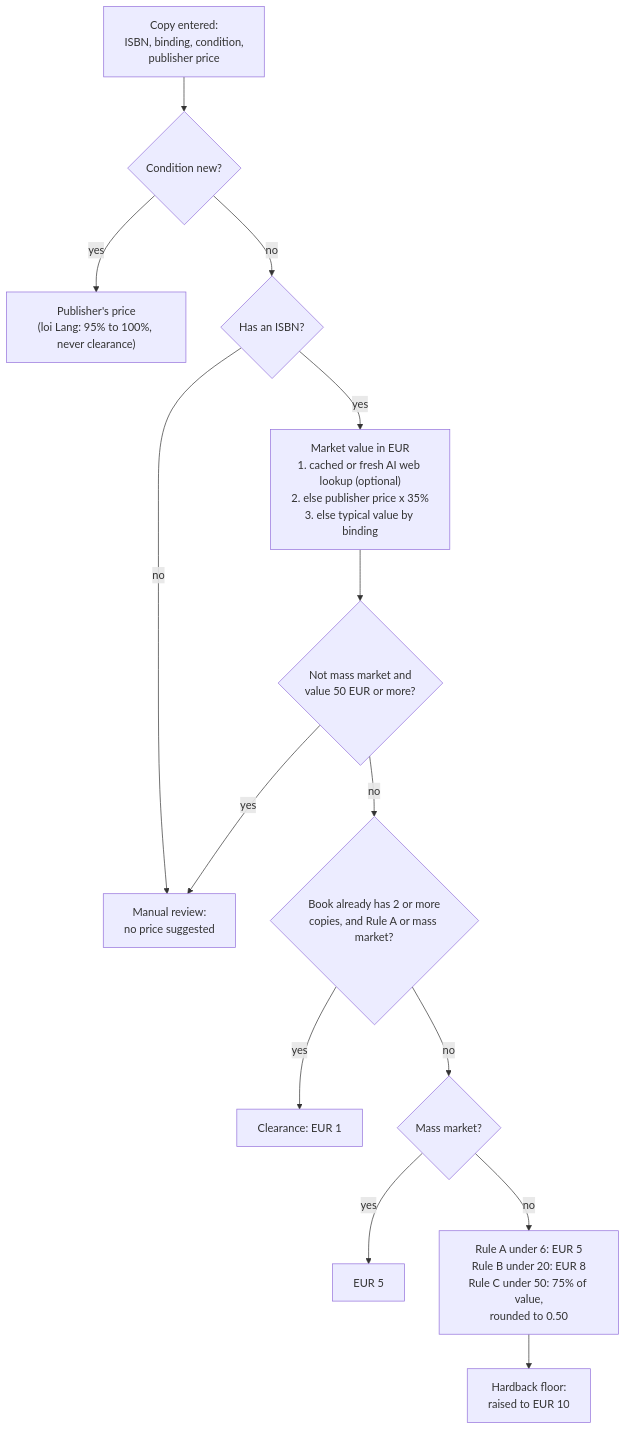
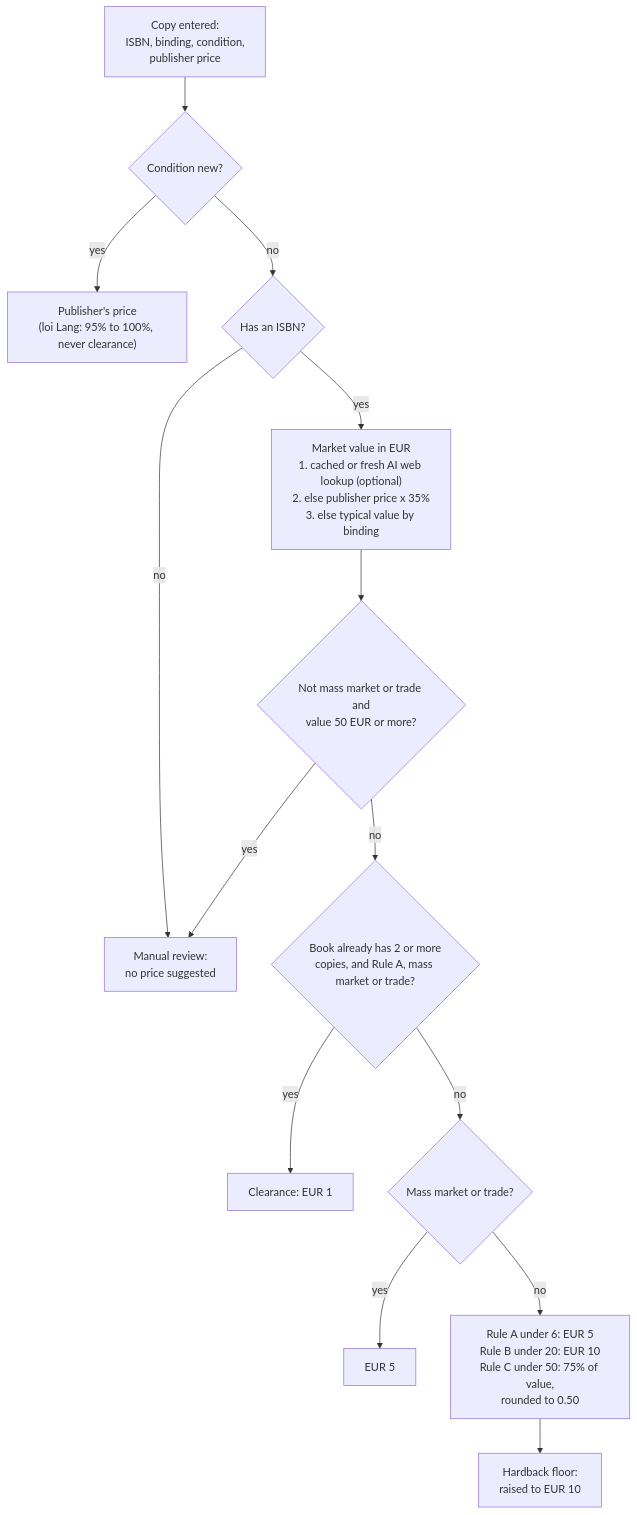
Before and after one commit to umasbooksadmin/umasbookswebsite: the sixth of 15 diagrams in docs/architecture.md, drawn with Mermaid. The commit also changed other lines of this file and 20 other files, not shown here.

Commit message:
Pricing: Trade and Mass Market at EUR 5, no EUR 8, and a reprice tool (WIP)

````diff
--- a/docs/architecture.md
+++ b/docs/architecture.md
@@ -491,16 +491,16 @@
 ```mermaid
 flowchart TD
   IN["Copy entered:<br/>ISBN, binding, condition,<br/>publisher price"] --> NEW{"Condition new?"}
   NEW -- yes --> LANG["Publisher's price<br/>(loi Lang: 95% to 100%, never clearance)"]
   NEW -- no --> ISBN{"Has an ISBN?"}
   ISBN -- no --> REV["Manual review:<br/>no price suggested"]
   ISBN -- yes --> MKT["Market value in EUR<br/>1. cached or fresh AI web lookup (optional)<br/>2. else publisher price x 35%<br/>3. else typical value by binding"]
-  MKT --> HI{"Not mass market and<br/>value 50 EUR or more?"}
+  MKT --> HI{"Not mass market or trade and<br/>value 50 EUR or more?"}
   HI -- yes --> REV
-  HI -- no --> CLR{"Book already has 2 or more<br/>copies, and Rule A or mass market?"}
+  HI -- no --> CLR{"Book already has 2 or more<br/>copies, and Rule A, mass market or trade?"}
   CLR -- yes --> CP["Clearance: EUR 1"]
-  CLR -- no --> MM{"Mass market?"}
+  CLR -- no --> MM{"Mass market or trade?"}
   MM -- yes --> P5["EUR 5"]
-  MM -- no --> RS["Rule A under 6: EUR 5<br/>Rule B under 20: EUR 8<br/>Rule C under 50: 75% of value,<br/>rounded to 0.50"]
+  MM -- no --> RS["Rule A under 6: EUR 5<br/>Rule B under 20: EUR 10<br/>Rule C under 50: 75% of value,<br/>rounded to 0.50"]
   RS --> HC["Hardback floor:<br/>raised to EUR 10"]
 ```
````
